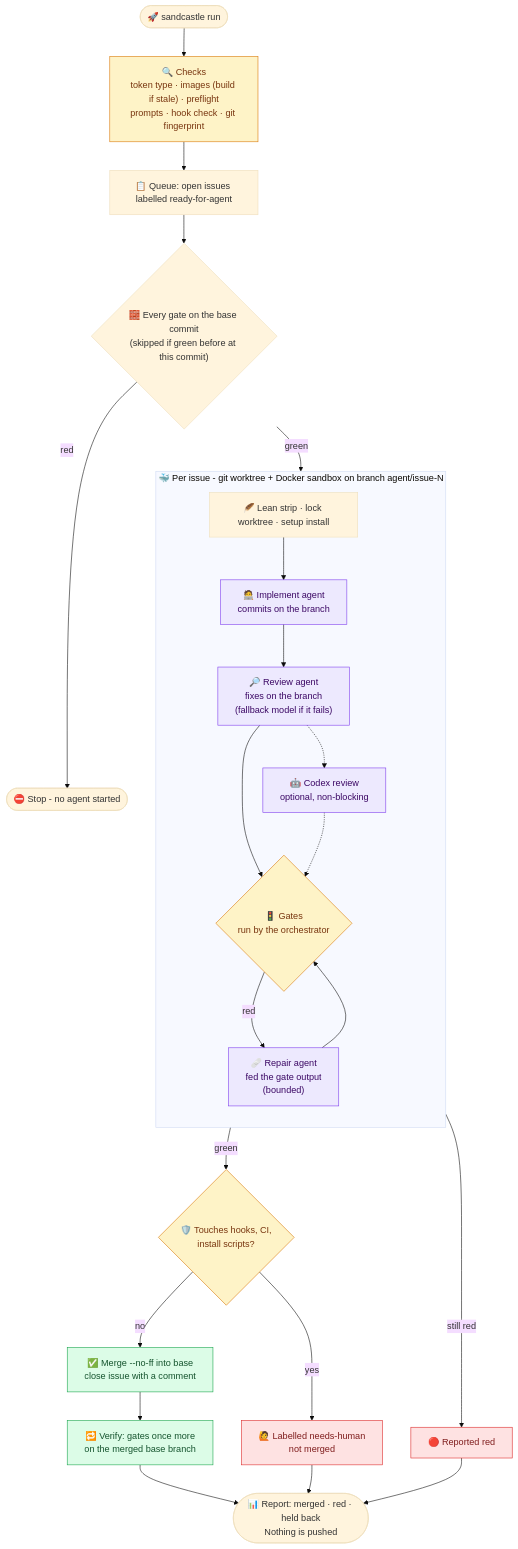
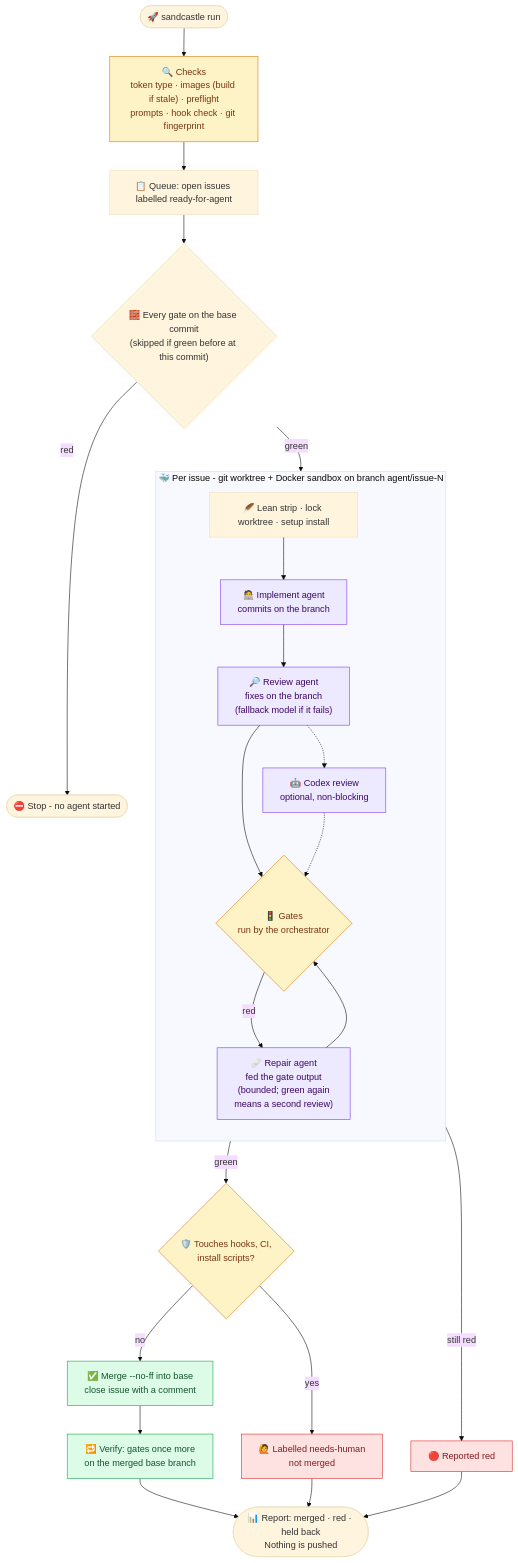
Before and after one commit to henkisdabro/sandcastle-kit: the second of 3 diagrams in README.md, drawn with Mermaid (base theme). The commit also changed other lines of this file and 27 other files, not shown here.

````diff
--- a/README.md
+++ b/README.md
@@ -209,37 +210,37 @@
 ```mermaid
 flowchart TD
     S(["🚀 sandcastle run"]) --> P["🔍 Checks<br/>token type · images (build if stale) · preflight<br/>prompts · hook check · git fingerprint"]
     P --> Q["📋 Queue: open issues labelled ready-for-agent"]
     Q --> B{"🧱 Every gate on the base commit<br/>(skipped if green before at this commit)"}
     B -- "red" --> STOP(["⛔ Stop - no agent started"])
     B -- "green" --> W
 
     subgraph W ["🐳 Per issue - git worktree + Docker sandbox on branch agent/issue-N"]
         direction TB
         L["🪶 Lean strip · lock worktree · setup install"] --> I["🧑‍💻 Implement agent<br/>commits on the branch"]
         I --> R["🔎 Review agent<br/>fixes on the branch<br/>(fallback model if it fails)"]
         R -.-> X["🤖 Codex review<br/>optional, non-blocking"]
         R --> G{"🚦 Gates<br/>run by the orchestrator"}
         X -.-> G
-        G -- "red" --> FX["🩹 Repair agent<br/>fed the gate output<br/>(bounded)"]
+        G -- "red" --> FX["🩹 Repair agent<br/>fed the gate output<br/>(bounded; green again<br/>means a second review)"]
         FX --> G
     end
 
     G -- "green" --> PP{"🛡️ Touches hooks, CI,<br/>install scripts?"}
     G -- "still red" --> RED["🔴 Reported red"]
     PP -- "no" --> M["✅ Merge --no-ff into base<br/>close issue with a comment"]
     PP -- "yes" --> NH["🙋 Labelled needs-human<br/>not merged"]
     M --> V["🔁 Verify: gates once more<br/>on the merged base branch"]
     V --> REP(["📊 Report: merged · red · held back<br/>Nothing is pushed"])
     RED --> REP
     NH --> REP
 
     classDef ok fill:#dcfce7,stroke:#16a34a,color:#14532d
     classDef bad fill:#fee2e2,stroke:#dc2626,color:#7f1d1d
     classDef agent fill:#ede9fe,stroke:#7c3aed,color:#3b0764
     classDef gate fill:#fef3c7,stroke:#d97706,color:#78350f
     class M,V ok
     class RED,NH bad
     class I,R,X,FX agent
     class G,PP,P gate
 ```
````
